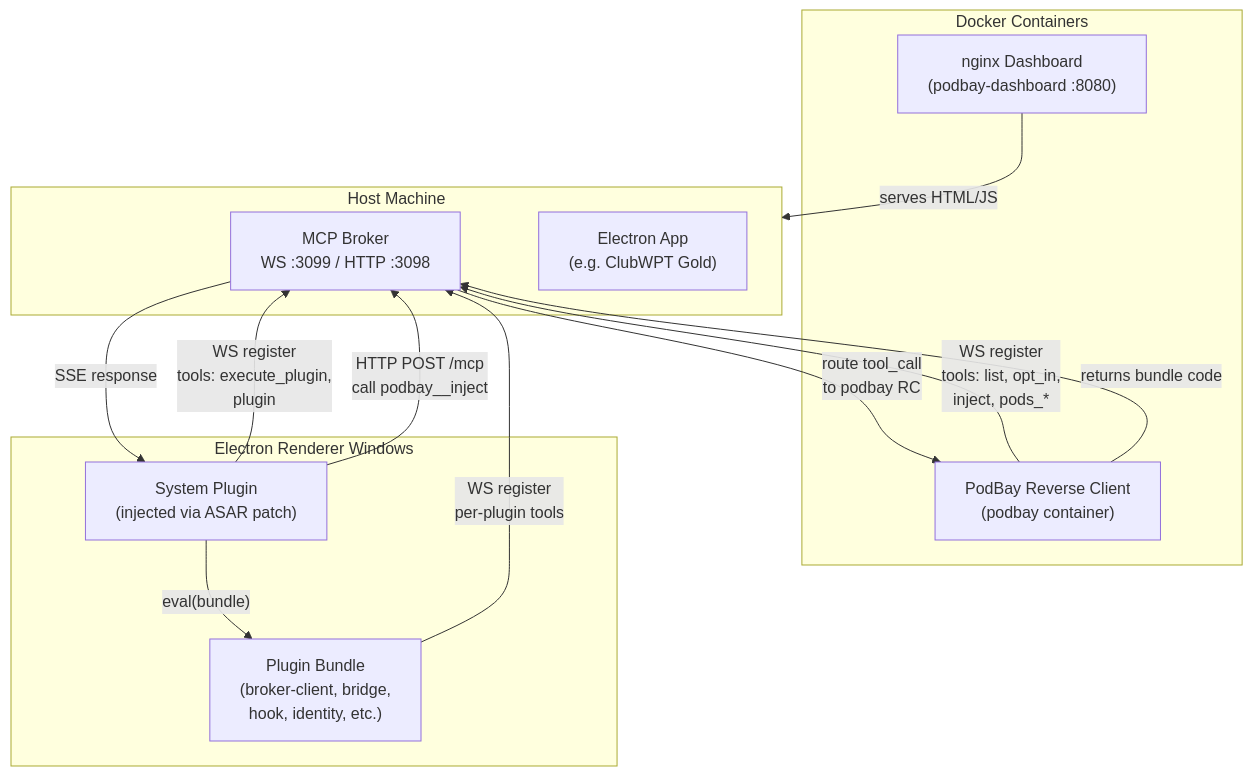
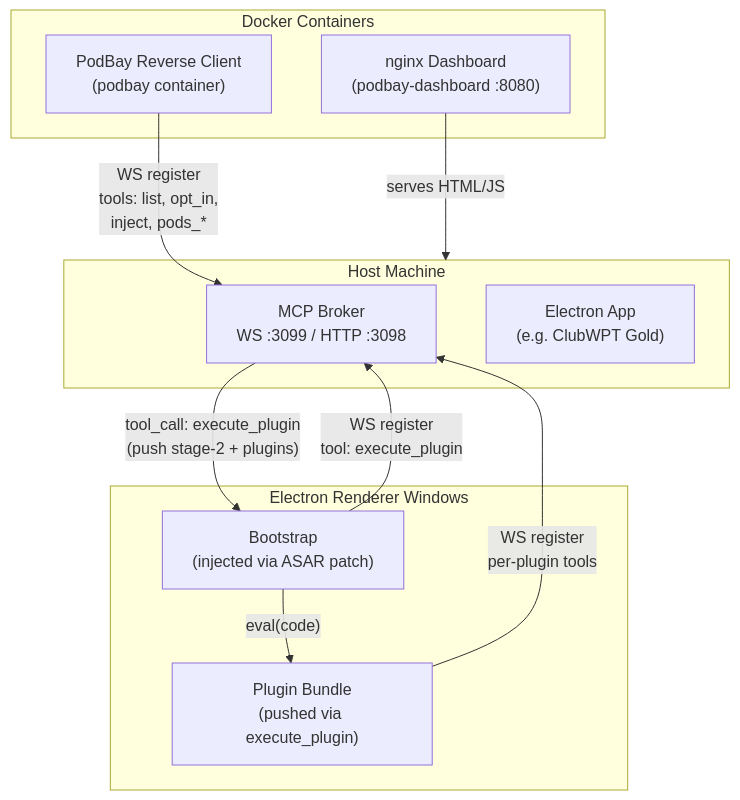
Before and after one commit to jerroldneal/podbay: the first of 17 diagrams in ARCHITECTURE.md, drawn with Mermaid. The commit also changed other lines of this file and 2 other files, not shown here.

First line of the commit message:
docs: update README and ARCHITECTURE for bootstrap refactor

````diff
--- a/ARCHITECTURE.md
+++ b/ARCHITECTURE.md
@@ -27,27 +27,24 @@
 ```mermaid
 graph TB
     subgraph Host["Host Machine"]
         Broker["MCP Broker<br/>WS :3099 / HTTP :3098"]
         ElectronApp["Electron App<br/>(e.g. ClubWPT Gold)"]
     end
 
     subgraph Docker["Docker Containers"]
         RC["PodBay Reverse Client<br/>(podbay container)"]
         Dashboard["nginx Dashboard<br/>(podbay-dashboard :8080)"]
     end
 
     subgraph ElectronWindows["Electron Renderer Windows"]
-        SP["System Plugin<br/>(injected via ASAR patch)"]
-        Plugins["Plugin Bundle<br/>(broker-client, bridge,<br/>hook, identity, etc.)"]
+        BS["Bootstrap<br/>(injected via ASAR patch)"]
+        Plugins["Plugin Bundle<br/>(pushed via execute_plugin)"]
     end
 
     RC -- "WS register<br/>tools: list, opt_in,<br/>inject, pods_*" --> Broker
-    SP -- "WS register<br/>tools: execute_plugin,<br/>plugin" --> Broker
-    SP -- "HTTP POST /mcp<br/>call podbay__inject" --> Broker
-    Broker -- "route tool_call<br/>to podbay RC" --> RC
-    RC -- "returns bundle code" --> Broker
-    Broker -- "SSE response" --> SP
-    SP -- "eval(bundle)" --> Plugins
+    BS -- "WS register<br/>tool: execute_plugin" --> Broker
+    Broker -- "tool_call: execute_plugin<br/>(push stage-2 + plugins)" --> BS
+    BS -- "eval(code)" --> Plugins
     Plugins -- "WS register<br/>per-plugin tools" --> Broker
     Dashboard -- "serves HTML/JS" --> Host
 ```
````
